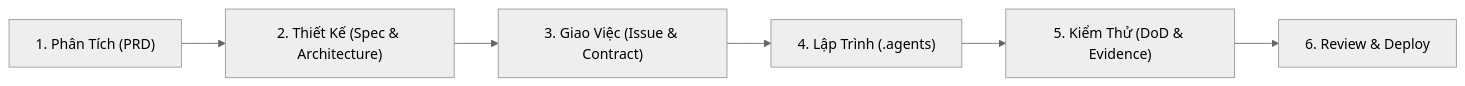
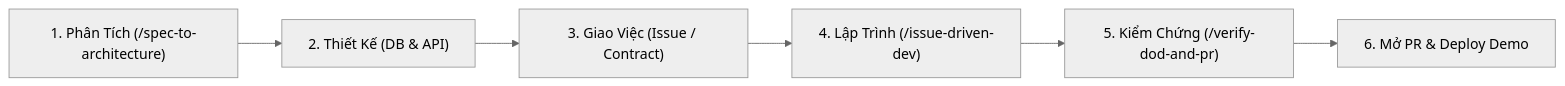
The diagram in HUONG-DAN-SU-DUNG.md (phuctran1501/project-template), drawn with Mermaid (neutral theme) before and after one commit. The commit also changed other lines of this file and 16 other files, not shown here.

````diff
--- a/HUONG-DAN-SU-DUNG.md
+++ b/HUONG-DAN-SU-DUNG.md
@@ -50,8 +83,8 @@
 ```mermaid
 flowchart LR
-    A["1. Phân Tích (PRD)"] --> B["2. Thiết Kế (Spec & Architecture)"]
-    B --> C["3. Giao Việc (Issue & Contract)"]
-    C --> D["4. Lập Trình (.agents)"]
-    D --> E["5. Kiểm Thử (DoD & Evidence)"]
-    E --> F["6. Review & Deploy"]
+    A["1. Phân Tích (/spec-to-architecture)"] --> B["2. Thiết Kế (DB & API)"]
+    B --> C["3. Giao Việc (Issue / Contract)"]
+    C --> D["4. Lập Trình (/issue-driven-dev)"]
+    D --> E["5. Kiểm Chứng (/verify-dod-and-pr)"]
+    E --> F["6. Mở PR & Deploy Demo"]
 ```
````
